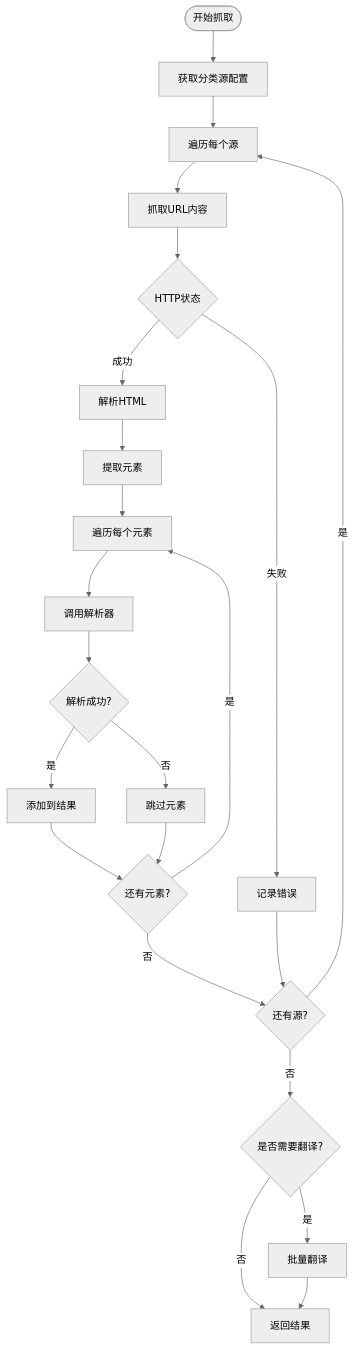
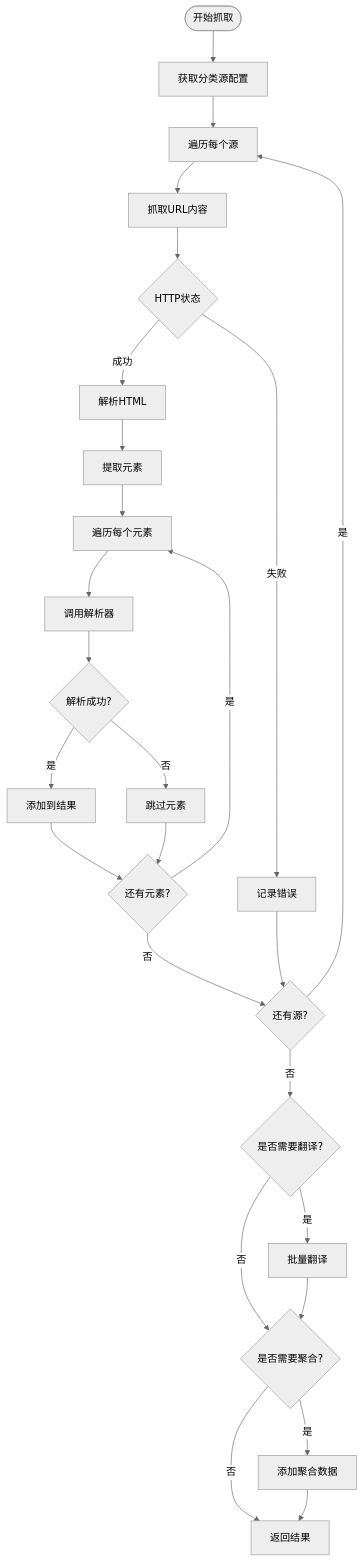
One commit to zuozuoliu740-cmd/xianxiong-news changed diagram 13 of 15 in .qoder/repowiki/zh/content/核心功能模块/新闻数据获取系统.md. Above: the diagram before and after it, drawn with Mermaid (neutral theme). The commit also changed other lines of this file and 27 other files, not shown here.

Commit message:
feat: 新增AI实验室模块 - AI爆品替换工作台(视频替换/商品详情生成/图生视频/英文配音)、我的视频管理、首页入口卡片

````diff
--- a/.qoder/repowiki/zh/content/核心功能模块/新闻数据获取系统.md
+++ b/.qoder/repowiki/zh/content/核心功能模块/新闻数据获取系统.md
@@ -604,25 +652,28 @@
 ```mermaid
 flowchart TD
 Start([开始抓取]) --> GetSources["获取分类源配置"]
 GetSources --> LoopSources["遍历每个源"]
 LoopSources --> FetchURL["抓取URL内容"]
 FetchURL --> CheckStatus{HTTP状态}
 CheckStatus --> |失败| LogError[记录错误]
 CheckStatus --> |成功| ParseHTML[解析HTML]
 ParseHTML --> ExtractElements["提取元素"]
 ExtractElements --> LoopElements["遍历每个元素"]
 LoopElements --> ParseElement[调用解析器]
 ParseElement --> CheckResult{解析成功?}
 CheckResult --> |是| AddToResults[添加到结果]
 CheckResult --> |否| SkipElement[跳过元素]
 AddToResults --> MoreElements{还有元素?}
 SkipElement --> MoreElements
 MoreElements --> |是| LoopElements
 MoreElements --> |否| NextSource{还有源?}
 NextSource --> |是| LoopSources
 NextSource --> |否| CheckTranslation{是否需要翻译?}
 CheckTranslation --> |是| TranslateBatch[批量翻译]
-CheckTranslation --> |否| ReturnResults[返回结果]
-TranslateBatch --> ReturnResults
+CheckTranslation --> |否| CheckJuhe{是否需要聚合?}
+TranslateBatch --> CheckJuhe
+CheckJuhe --> |是| AddJuhe[添加聚合数据]
+CheckJuhe --> |否| ReturnResults[返回结果]
+AddJuhe --> ReturnResults
 LogError --> NextSource
 ```
````
